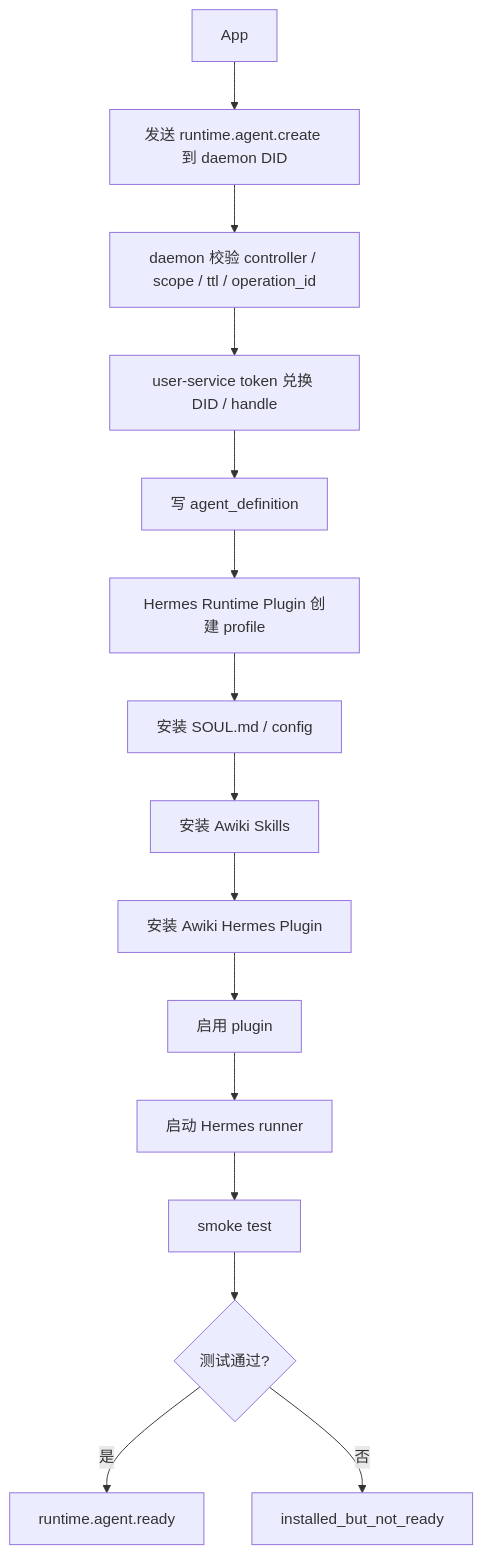
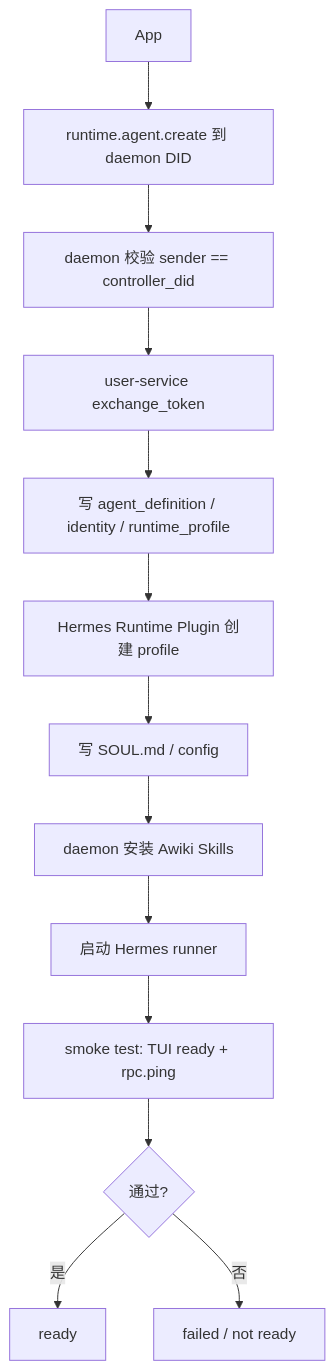
The fourth of 7 diagrams in crates/awiki-deamon/docs/hermes-plugin/hermes_runtime_plugin_design.md (AgentConnect/awiki-cli-rs2), drawn with Mermaid before and after one commit. The commit also changed other lines of this file, not shown here.

Commit message:
docs: align Hermes runtime plugin design

````diff
--- a/crates/awiki-deamon/docs/hermes-plugin/hermes_runtime_plugin_design.md
+++ b/crates/awiki-deamon/docs/hermes-plugin/hermes_runtime_plugin_design.md
@@ -1481,17 +1100,15 @@
 ```mermaid
 flowchart TD
-    A["App"] --> B["发送 runtime.agent.create 到 daemon DID"]
-    B --> C["daemon 校验 controller / scope / ttl / operation_id"]
-    C --> D["user-service token 兑换 DID / handle"]
-    D --> E["写 agent_definition"]
+    A["App"] --> B["runtime.agent.create 到 daemon DID"]
+    B --> C["daemon 校验 sender == controller_did"]
+    C --> D["user-service exchange_token"]
+    D --> E["写 agent_definition / identity / runtime_profile"]
     E --> F["Hermes Runtime Plugin 创建 profile"]
-    F --> G["安装 SOUL.md / config"]
-    G --> H["安装 Awiki Skills"]
-    H --> I["安装 Awiki Hermes Plugin"]
-    I --> J["启用 plugin"]
-    J --> K["启动 Hermes runner"]
-    K --> L["smoke test"]
-    L --> M{"测试通过?"}
-    M -->|是| N["runtime.agent.ready"]
-    M -->|否| O["installed_but_not_ready"]
+    F --> G["写 SOUL.md / config"]
+    G --> H["daemon 安装 Awiki Skills"]
+    H --> I["启动 Hermes runner"]
+    I --> J["smoke test: TUI ready + rpc.ping"]
+    J --> K{"通过?"}
+    K -->|是| L["ready"]
+    K -->|否| M["failed / not ready"]
 ```
````
